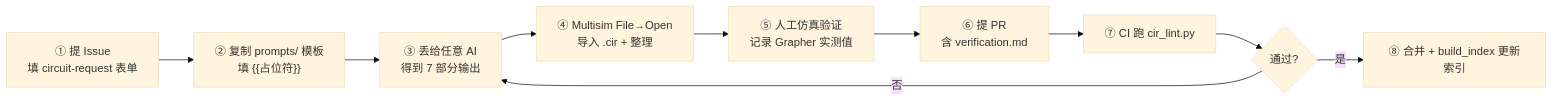
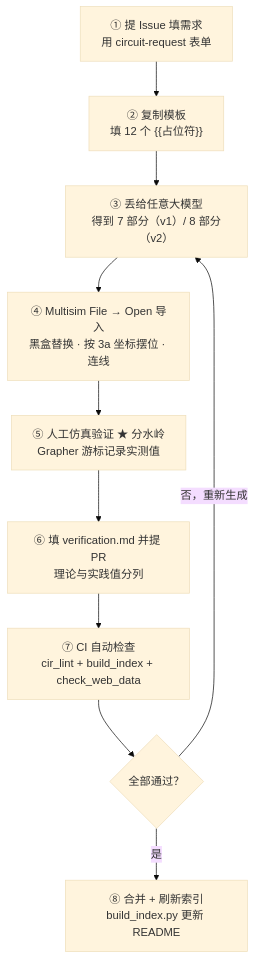
Before and after one commit to ZhangJie86889/multisim-ai-circuits: the diagram in README.md, drawn with Mermaid (base theme). The commit also changed other lines of this file and 4 other files, not shown here.

First line of the commit message:
docs: 工作流程图改用窄版矢量图，修复 GitHub 上缩得太小看不清

````diff
--- a/README.md
+++ b/README.md
@@ -37,12 +45,12 @@
 ```mermaid
-flowchart LR
-  A["① 提 Issue<br/>填 circuit-request 表单"] --> B["② 复制 prompts/ 模板<br/>填 {{占位符}}"]
-  B --> C["③ 丢给任意 AI<br/>得到 7 部分输出"]
-  C --> D["④ Multisim File→Open<br/>导入 .cir + 整理"]
-  D --> E["⑤ 人工仿真验证<br/>记录 Grapher 实测值"]
-  E --> F["⑥ 提 PR<br/>含 verification.md"]
-  F --> G["⑦ CI 跑 cir_lint.py"]
-  G --> H{"通过?"}
-  H -- 否 --> C
-  H -- 是 --> I["⑧ 合并 + build_index 更新索引"]
+flowchart TD
+  A["① 提 Issue 填需求<br/>用 circuit-request 表单"] --> B["② 复制模板<br/>填 12 个 {{占位符}}"]
+  B --> C["③ 丢给任意大模型<br/>得到 7 部分（v1）/ 8 部分（v2）"]
+  C --> D["④ Multisim File → Open 导入<br/>黑盒替换 · 按 3a 坐标摆位 · 连线"]
+  D --> E["⑤ 人工仿真验证 ★ 分水岭<br/>Grapher 游标记录实测值"]
+  E --> F["⑥ 填 verification.md 并提 PR<br/>理论与实践值分列"]
+  F --> G["⑦ CI 自动检查<br/>cir_lint + build_index + check_web_data"]
+  G --> H{"全部通过？"}
+  H -- 否，重新生成 --> C
+  H -- 是 --> I["⑧ 合并 + 刷新索引<br/>build_index.py 更新 README"]
 ```
````
